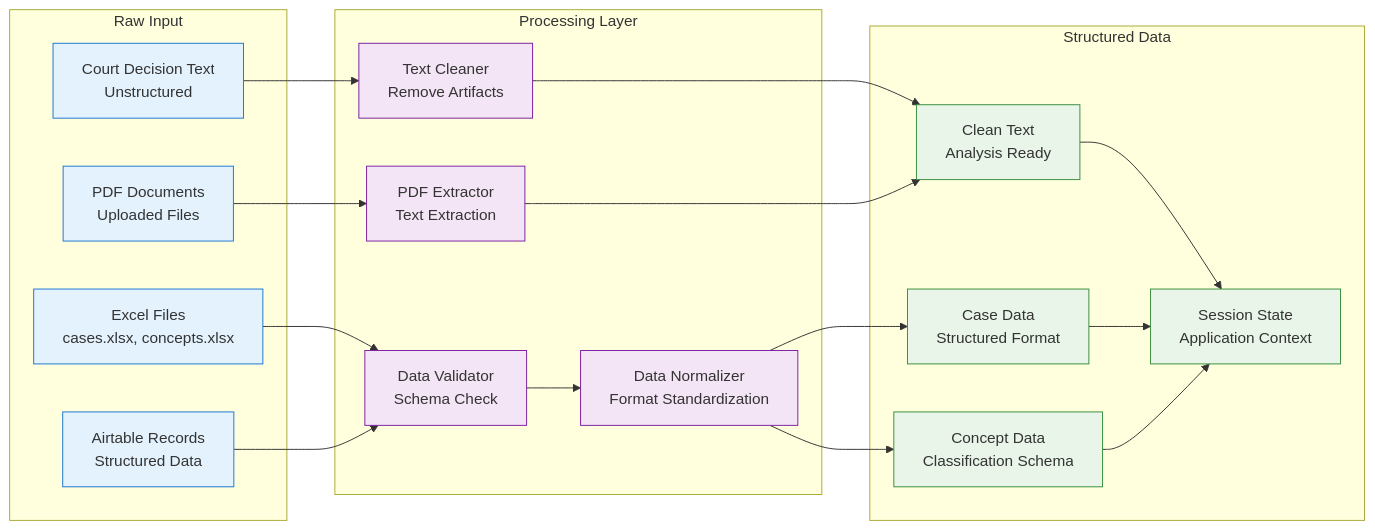
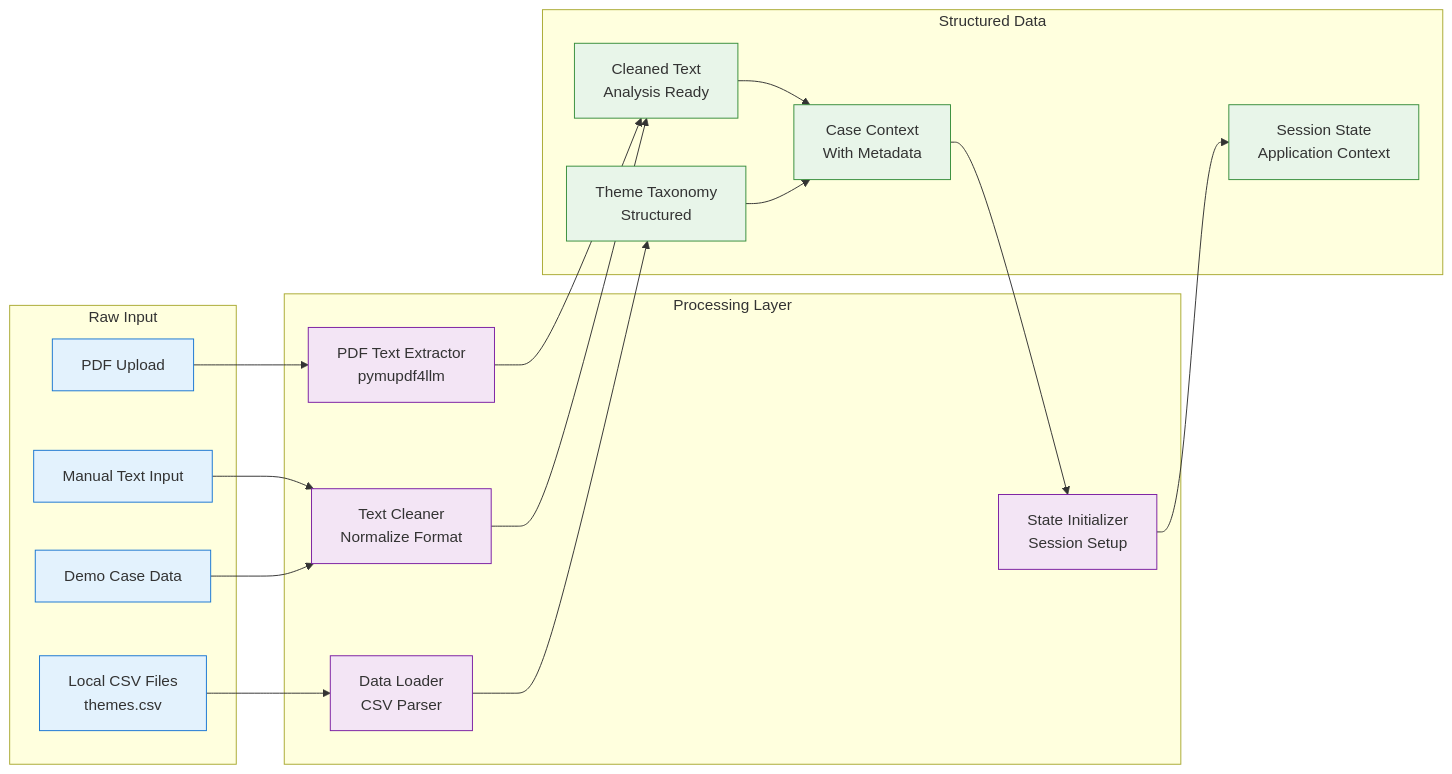
Before and after one commit to Choice-of-Law-Dataverse/cold-case-analysis: the seventh of 8 diagrams in docs/WORKFLOWS.md, drawn with Mermaid. The commit also changed other lines of this file and 4 other files, not shown here.

````diff
--- a/docs/WORKFLOWS.md
+++ b/docs/WORKFLOWS.md
@@ -348,46 +345,44 @@
 ```mermaid
 flowchart LR
     subgraph "Raw Input"
-        RawText[Court Decision Text<br/>Unstructured]
-        ExcelData[Excel Files<br/>cases.xlsx, concepts.xlsx]
-        PDFInput[PDF Documents<br/>Uploaded Files]
-        AirtableData[Airtable Records<br/>Structured Data]
+        ManualText[Manual Text Input]
+        PDFInput[PDF Upload]
+        DemoCase[Demo Case Data]
+        CSVData[Local CSV Files<br/>themes.csv]
     end
     
     subgraph "Processing Layer"
-        TextCleaner[Text Cleaner<br/>Remove Artifacts]
-        PDFExtractor[PDF Extractor<br/>Text Extraction]
-        DataValidator[Data Validator<br/>Schema Check]
-        Normalizer[Data Normalizer<br/>Format Standardization]
+        PDFExtractor[PDF Text Extractor<br/>pymupdf4llm]
+        TextCleaner[Text Cleaner<br/>Normalize Format]
+        DataLoader[Data Loader<br/>CSV Parser]
+        StateInit[State Initializer<br/>Session Setup]
     end
     
     subgraph "Structured Data"
-        CleanText[Clean Text<br/>Analysis Ready]
-        CaseData[Case Data<br/>Structured Format]
-        ConceptData[Concept Data<br/>Classification Schema]
+        CleanText[Cleaned Text<br/>Analysis Ready]
+        ThemeData[Theme Taxonomy<br/>Structured]
+        CaseContext[Case Context<br/>With Metadata]
         SessionState[Session State<br/>Application Context]
     end
     
-    RawText --> TextCleaner
+    ManualText --> TextCleaner
     PDFInput --> PDFExtractor
-    ExcelData --> DataValidator
-    AirtableData --> DataValidator
+    DemoCase --> TextCleaner
+    CSVData --> DataLoader
+    PDFExtractor --> CleanText
+    DataLoader --> ThemeData
     
     TextCleaner --> CleanText
-    PDFExtractor --> CleanText
-    DataValidator --> Normalizer
-    
-    Normalizer --> CaseData
-    Normalizer --> ConceptData
-    CleanText --> SessionState
-    CaseData --> SessionState
-    ConceptData --> SessionState
+    CleanText --> CaseContext
+    ThemeData --> CaseContext
+    CaseContext --> StateInit
+    StateInit --> SessionState
 
     classDef input fill:#e3f2fd,stroke:#1976d2
     classDef process fill:#f3e5f5,stroke:#7b1fa2
-    classDef output fill:#e8f5e8,stroke:#388e3c
+    classDef output fill:#e8f5e9,stroke:#388e3c
 
-    class RawText,ExcelData,PDFInput,AirtableData input
-    class TextCleaner,PDFExtractor,DataValidator,Normalizer process
-    class CleanText,CaseData,ConceptData,SessionState output
+    class ManualText,PDFInput,DemoCase,CSVData input
+    class PDFExtractor,TextCleaner,DataLoader,StateInit process
+    class CleanText,ThemeData,CaseContext,SessionState output
 ```
````
